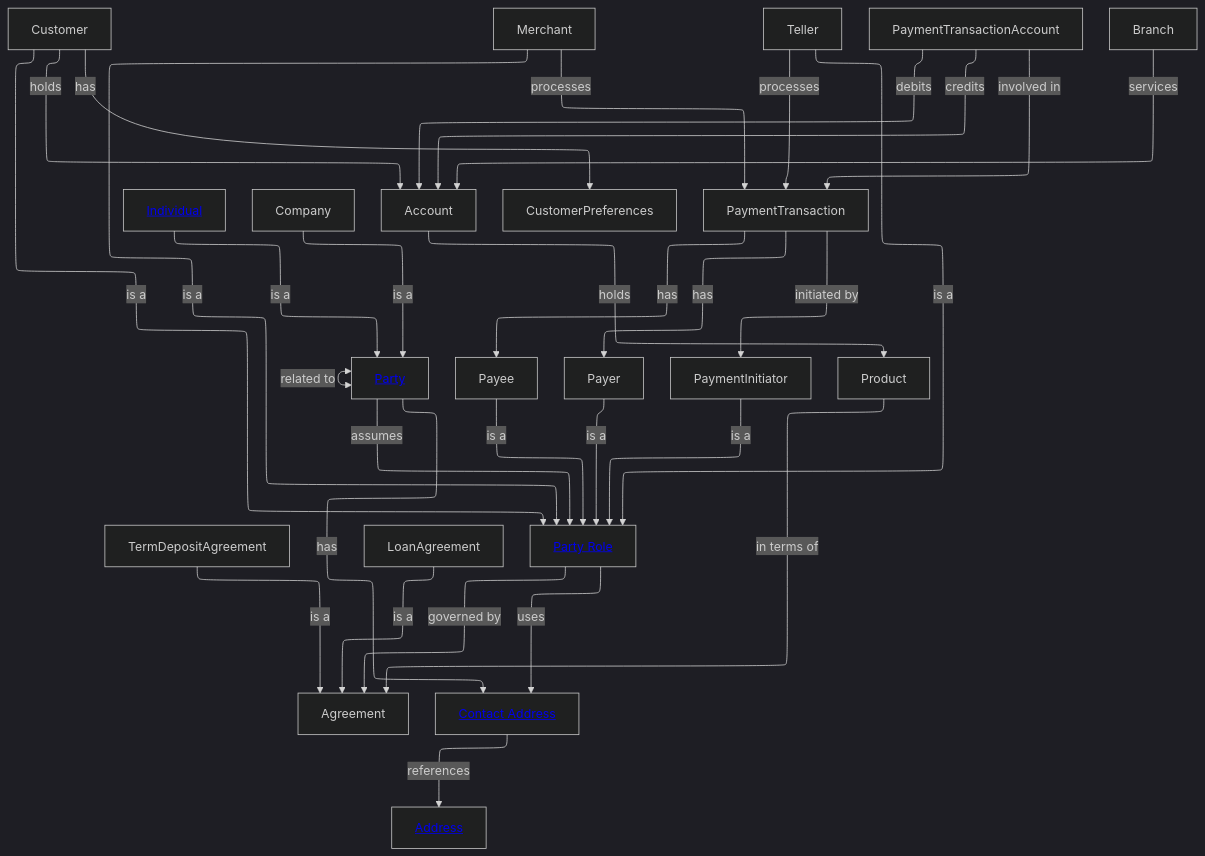
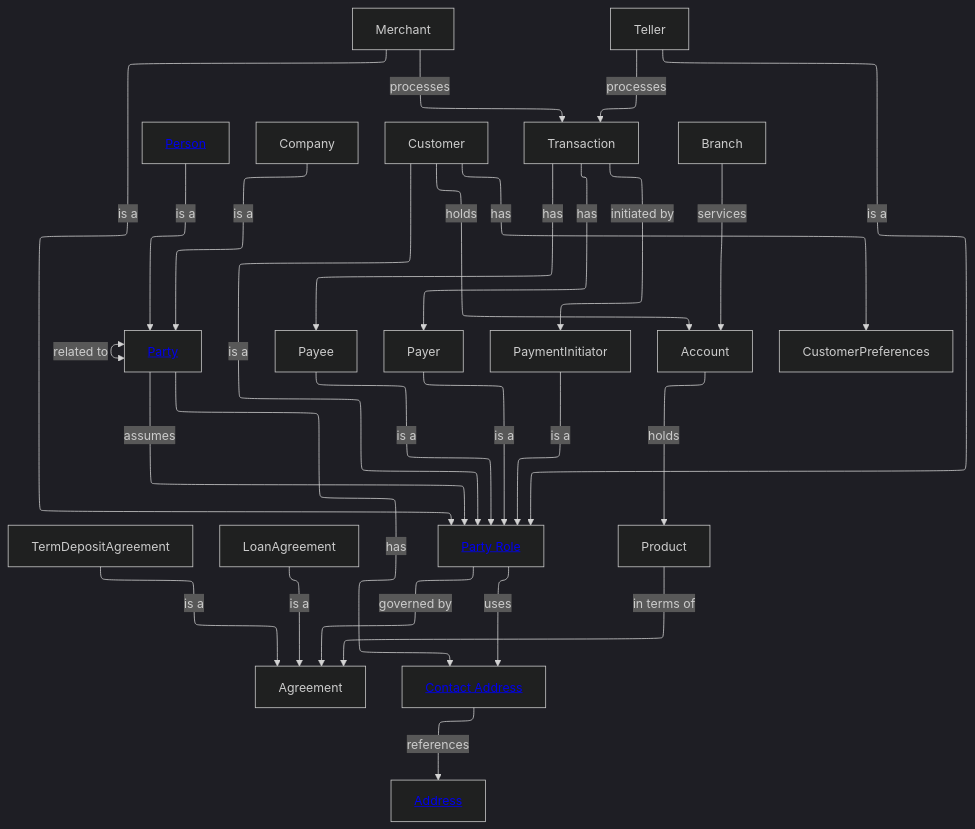
The diagram in examples/Financial Crime/domain.md (Semprini/md-ddl), drawn with Mermaid before and after one commit. The commit also changed other lines of this file and 48 other files, not shown here.

````diff
--- a/examples/Financial Crime/domain.md
+++ b/examples/Financial Crime/domain.md
@@ -48,53 +48,50 @@
 ```mermaid
 ---
 config:
   layout: elk
   elk:
     mergeEdges: false
     nodePlacementStrategy: LINEAR_SEGMENTS
   look: classic
   theme: dark
 ---
 graph TD
 
-  Individual --> |is a|Party
+  Person --> |is a|Party
   Company --> |is a|Party
   TermDepositAgreement --> |is a|Agreement
   LoanAgreement --> |is a|Agreement
 
   Party <--> |related to|Party
   Party --> |assumes|PartyRole
 
   Customer --> |is a|PartyRole
   Merchant --> |is a|PartyRole
   Payee --> |is a|PartyRole
   Payer --> |is a|PartyRole
   Teller --> |is a|PartyRole
   PaymentInitiator --> |is a|PartyRole
 
   Party --> |has|ContactAddress
   PartyRole -->|uses|ContactAddress
   Customer --> |holds|Account
   Customer --> |has|CustomerPreferences
   PartyRole --> |governed by|Agreement
-  PaymentTransaction --> |has|Payer
-  PaymentTransaction --> |has|Payee
-  PaymentTransaction --> |initiated by|PaymentInitiator
-  PaymentTransactionAccount --> |involved in|PaymentTransaction
-  PaymentTransactionAccount --> |debits|Account
-  PaymentTransactionAccount --> |credits|Account
-  Teller --> |processes|PaymentTransaction
-  Merchant --> |processes|PaymentTransaction
+  Transaction --> |has|Payer
+  Transaction --> |has|Payee
+  Transaction --> |initiated by|PaymentInitiator
+  Teller --> |processes|Transaction
+  Merchant --> |processes|Transaction
 
   Account --> |holds|Product
   Branch --> |services|Account
 
   Product --> |in terms of|Agreement
   ContactAddress --> |references|Address
 
   Party["<a href='entities/party.md'>Party</a>"]
-  Individual["<a href='entities/individual.md'>Individual</a>"]
+  Person["<a href='entities/person.md'>Person</a>"]
   PartyRole["<a href='entities/party_role.md'>Party Role</a>"]
   Address["<a href='entities/address.md'>Address</a>"]
   ContactAddress["<a href='entities/contact_address.md'>Contact Address</a>"]
 ```
````
